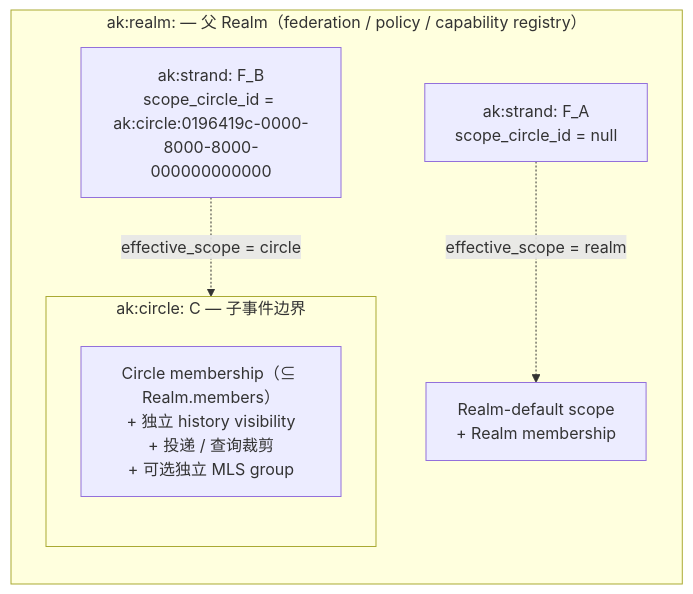
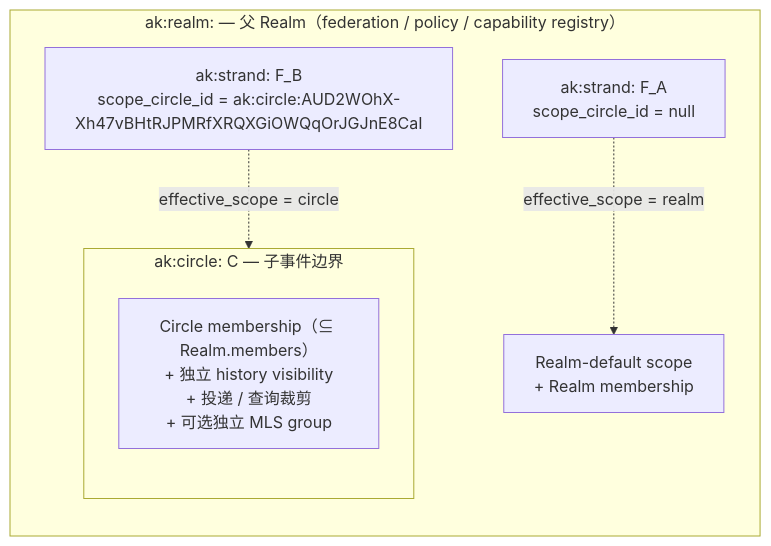
The diagram in spec/v1/zh/models/strand-and-message.md (arkret-org/arkret-spec), drawn with Mermaid before and after one commit. The commit also changed other lines of this file and 203 other files, not shown here.

````diff
--- a/spec/v1/zh/models/strand-and-message.md
+++ b/spec/v1/zh/models/strand-and-message.md
@@ -345,16 +345,16 @@
 ```mermaid
 flowchart LR
     subgraph Realm ["ak:realm: — 父 Realm（federation / policy / capability registry）"]
         direction TB
         StrandA["ak:strand: F_A<br/>scope_circle_id = null"]
-        StrandB["ak:strand: F_B<br/>scope_circle_id = ak:circle:0196419c-0000-8000-8000-000000000000"]
+        StrandB["ak:strand: F_B<br/>scope_circle_id = ak:circle:AUD2WOhX-Xh47vBHtRJPMRfXRQXGiOWQqOrJGJnE8CaI"]
         RealmScope["Realm-default scope<br/>+ Realm membership"]
         subgraph Circle ["ak:circle: C — 子事件边界"]
             direction TB
             CircleScope["Circle membership（⊆ Realm.members）<br/>+ 独立 history visibility<br/>+ 投递 / 查询裁剪<br/>+ 可选独立 MLS group"]
         end
 
         StrandA -. "effective_scope = realm" .-> RealmScope
         StrandB -. "effective_scope = circle" .-> CircleScope
     end
 ```
````
